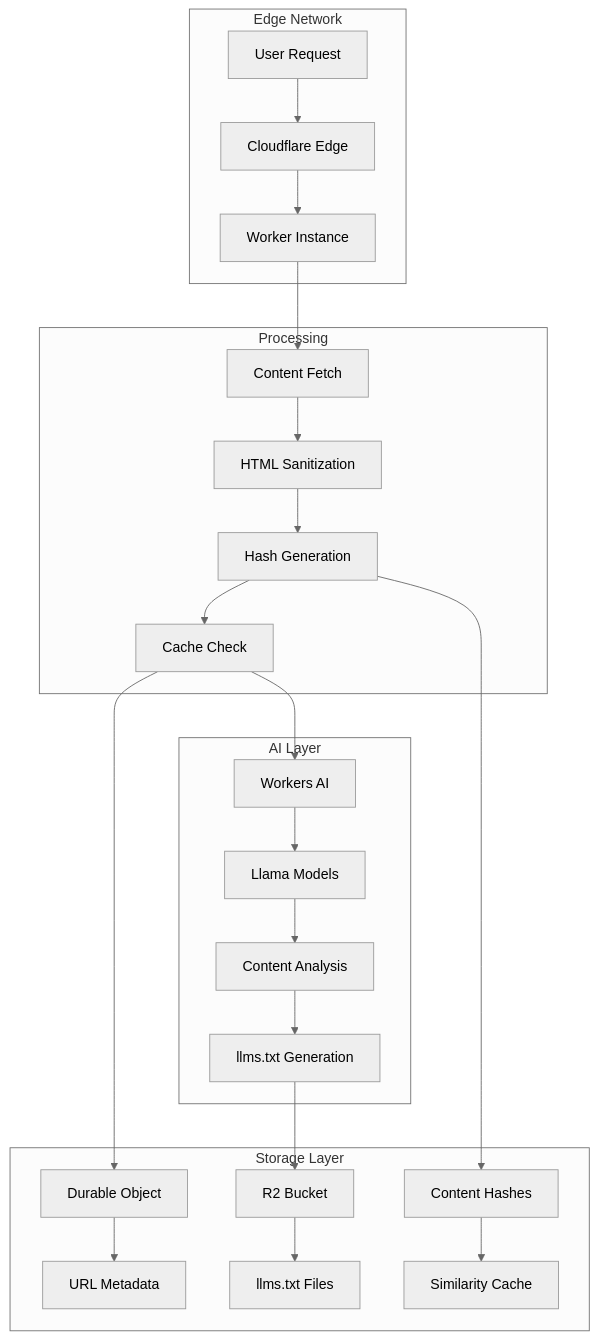
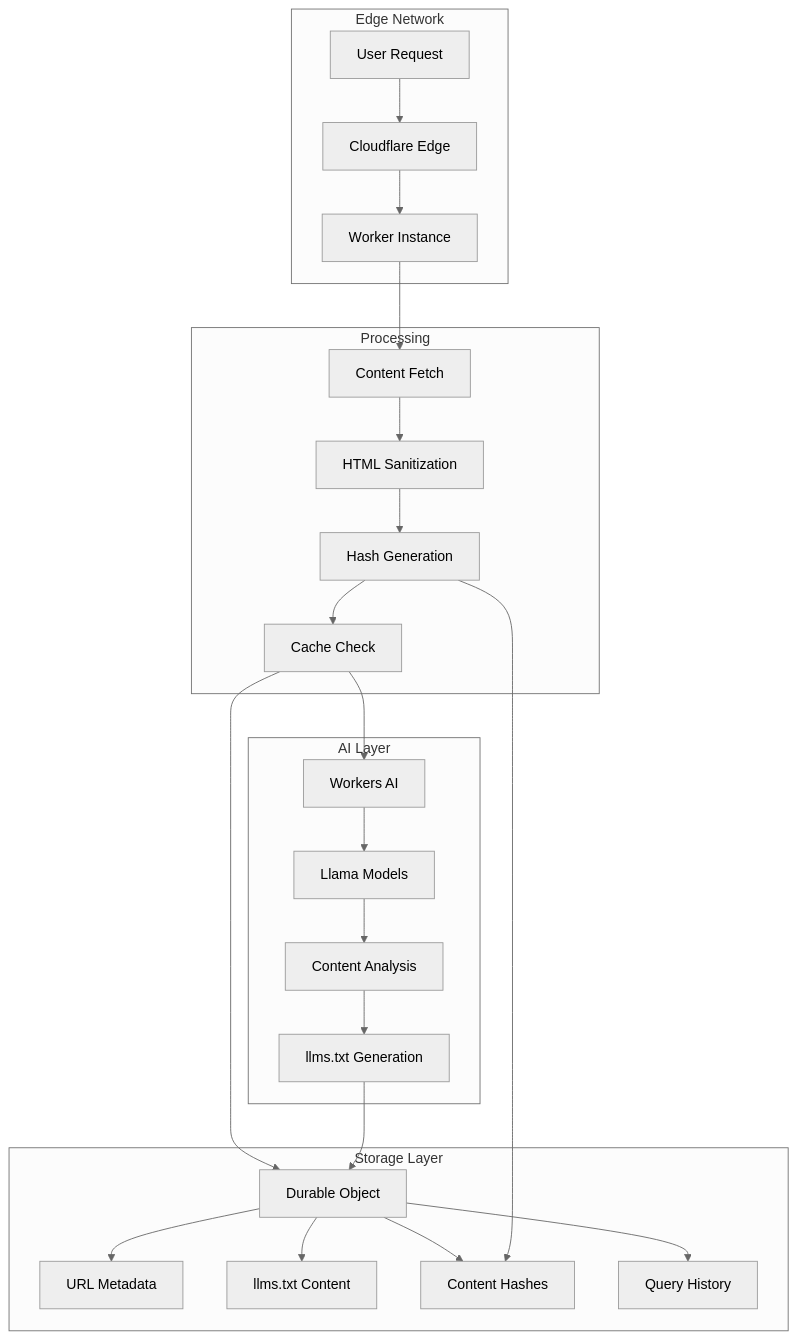
The fourth of 4 diagrams in README.md (CameronWhiteside/llms-txt-generator), drawn with Mermaid (neutral theme) before and after one commit. The commit also changed other lines of this file and 14 other files, not shown here.

````diff
--- a/README.md
+++ b/README.md
@@ -207,31 +202,32 @@
 ```mermaid
 graph TB
     subgraph "Edge Network"
         A[User Request] --> B[Cloudflare Edge]
         B --> C[Worker Instance]
     end
 
     subgraph "Processing"
         C --> D[Content Fetch]
         D --> E[HTML Sanitization]
         E --> F[Hash Generation]
         F --> G[Cache Check]
     end
 
     subgraph "Storage Layer"
         H[Durable Object] --> I[URL Metadata]
-        J[R2 Bucket] --> K[llms.txt Files]
-        L[Content Hashes] --> M[Similarity Cache]
+        H --> J[llms.txt Content]
+        H --> K[Content Hashes]
+        H --> L[Query History]
     end
 
     subgraph "AI Layer"
-        N[Workers AI] --> O[Llama Models]
-        O --> P[Content Analysis]
-        P --> Q[llms.txt Generation]
+        M[Workers AI] --> N[Llama Models]
+        N --> O[Content Analysis]
+        O --> P[llms.txt Generation]
     end
 
     G --> H
-    G --> N
-    Q --> J
-    F --> L
+    G --> M
+    P --> H
+    F --> K
 ```
````
